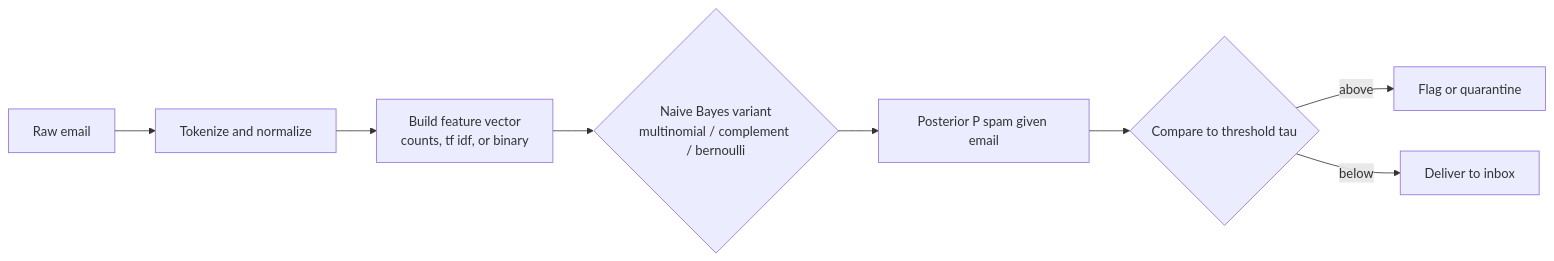
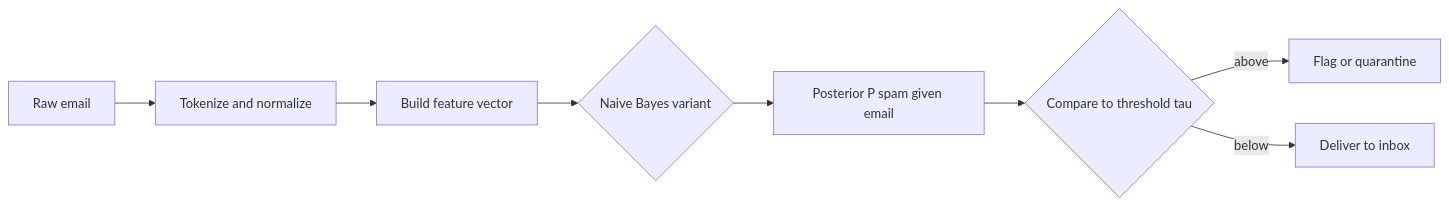
The second of 2 diagrams in 092-naive-bayes-variants-applications.qmd (mikenguyen13/ai_in_action), drawn with Mermaid before and after one commit. The commit also changed other lines of this file and 52 other files, not shown here.

Commit message:
Fix Mermaid rendering in 22 chapters: remove ampersands and br tags from node labels, move detail to tables

````diff
--- a/092-naive-bayes-variants-applications.qmd
+++ b/092-naive-bayes-variants-applications.qmd
@@ -210,10 +210,10 @@
 ```{mermaid}
 flowchart LR
-    A[Raw email] --> B[Tokenize and normalize]
-    B --> C[Build feature vector<br/>counts, tf idf, or binary]
-    C --> D{Naive Bayes variant<br/>multinomial / complement / bernoulli}
-    D --> E[Posterior P spam given email]
-    E --> F{Compare to threshold tau}
-    F -->|above| G[Flag or quarantine]
-    F -->|below| H[Deliver to inbox]
+    A["Raw email"] --> B["Tokenize and normalize"]
+    B --> C["Build feature vector"]
+    C --> D{"Naive Bayes variant"}
+    D --> E["Posterior P spam given email"]
+    E --> F{"Compare to threshold tau"}
+    F -->|above| G["Flag or quarantine"]
+    F -->|below| H["Deliver to inbox"]
 ```
````
